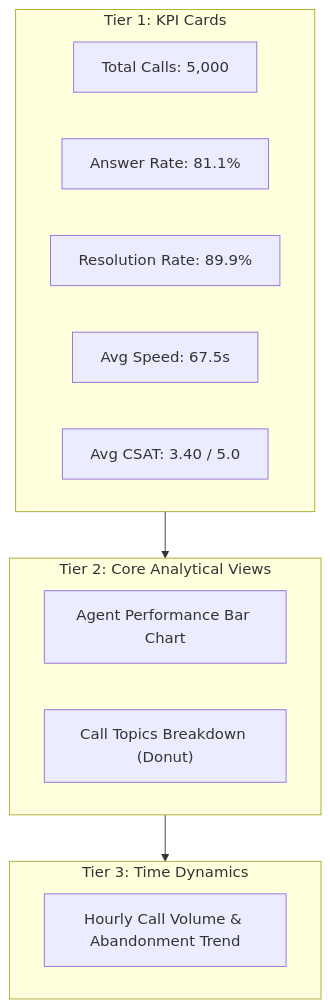
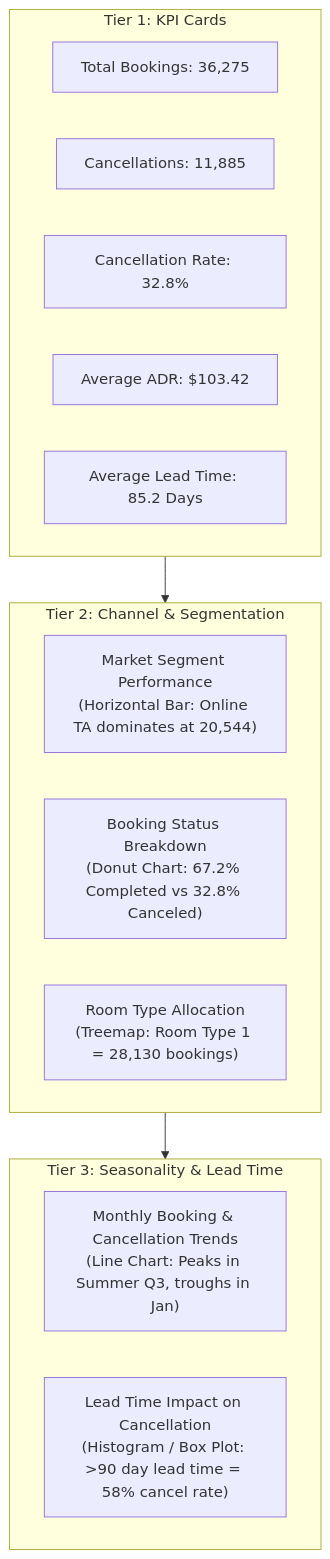
One commit to Sohila-Khaled-Abbas/COURSE-EXCEL-ZERO-TO-HERO changed the second of 2 diagrams in 02_Notes/06_Data_Analysis_Charts/03_Dashboard_Visual_Hierarchy.md. Above: the diagram before and after it, drawn with Mermaid. The commit also changed other lines of this file and 5 other files, not shown here.

````diff
--- a/02_Notes/06_Data_Analysis_Charts/03_Dashboard_Visual_Hierarchy.md
+++ b/02_Notes/06_Data_Analysis_Charts/03_Dashboard_Visual_Hierarchy.md
@@ -33,19 +104,24 @@
 ```mermaid
 flowchart TD
-    subgraph Top ["Tier 1: KPI Cards"]
-        K1["Total Calls: 5,000"]
-        K2["Answer Rate: 81.1%"]
-        K3["Resolution Rate: 89.9%"]
-        K4["Avg Speed: 67.5s"]
-        K5["Avg CSAT: 3.40 / 5.0"]
+    subgraph Kpis ["Tier 1: KPI Cards"]
+        K1["Total Bookings: 36,275"]
+        K2["Cancellations: 11,885"]
+        K3["Cancellation Rate: 32.8%"]
+        K4["Average ADR: $103.42"]
+        K5["Average Lead Time: 85.2 Days"]
     end
-    subgraph Mid ["Tier 2: Core Analytical Views"]
-        C1["Agent Performance Bar Chart"]
-        C2["Call Topics Breakdown (Donut)"]
+
+    subgraph Mid ["Tier 2: Channel & Segmentation"]
+        C1["Market Segment Performance<br/>(Horizontal Bar: Online TA dominates at 20,544)"]
+        C2["Booking Status Breakdown<br/>(Donut Chart: 67.2% Completed vs 32.8% Canceled)"]
+        C3["Room Type Allocation<br/>(Treemap: Room Type 1 = 28,130 bookings)"]
     end
-    subgraph Bot ["Tier 3: Time Dynamics"]
-        T1["Hourly Call Volume & Abandonment Trend"]
+
+    subgraph Bot ["Tier 3: Seasonality & Lead Time"]
+        T1["Monthly Booking & Cancellation Trends<br/>(Line Chart: Peaks in Summer Q3, troughs in Jan)"]
+        T2["Lead Time Impact on Cancellation<br/>(Histogram / Box Plot: >90 day lead time = 58% cancel rate)"]
     end
-    Top --> Mid
+
+    Kpis --> Mid
     Mid --> Bot
 ```
````
